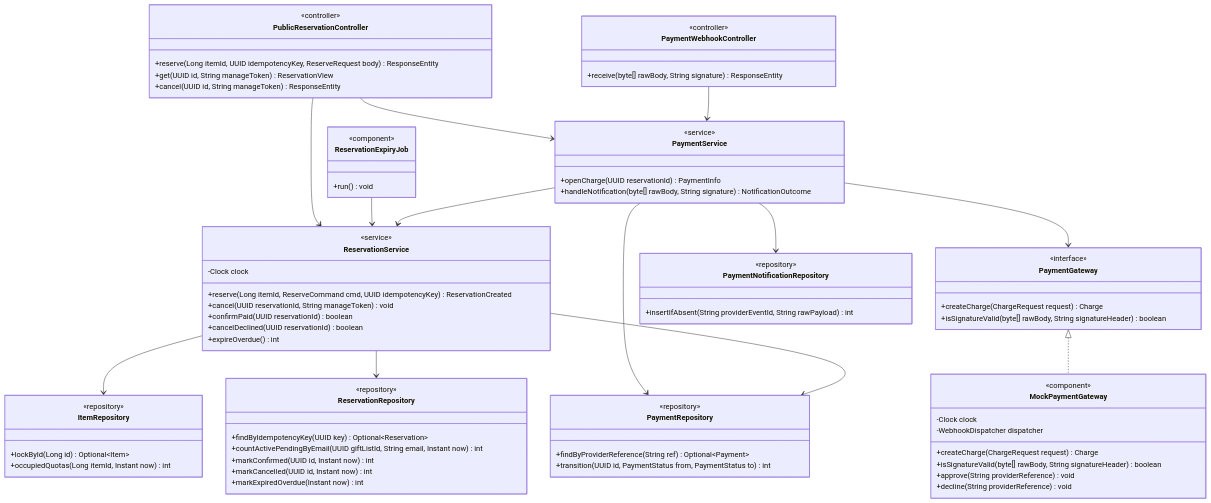
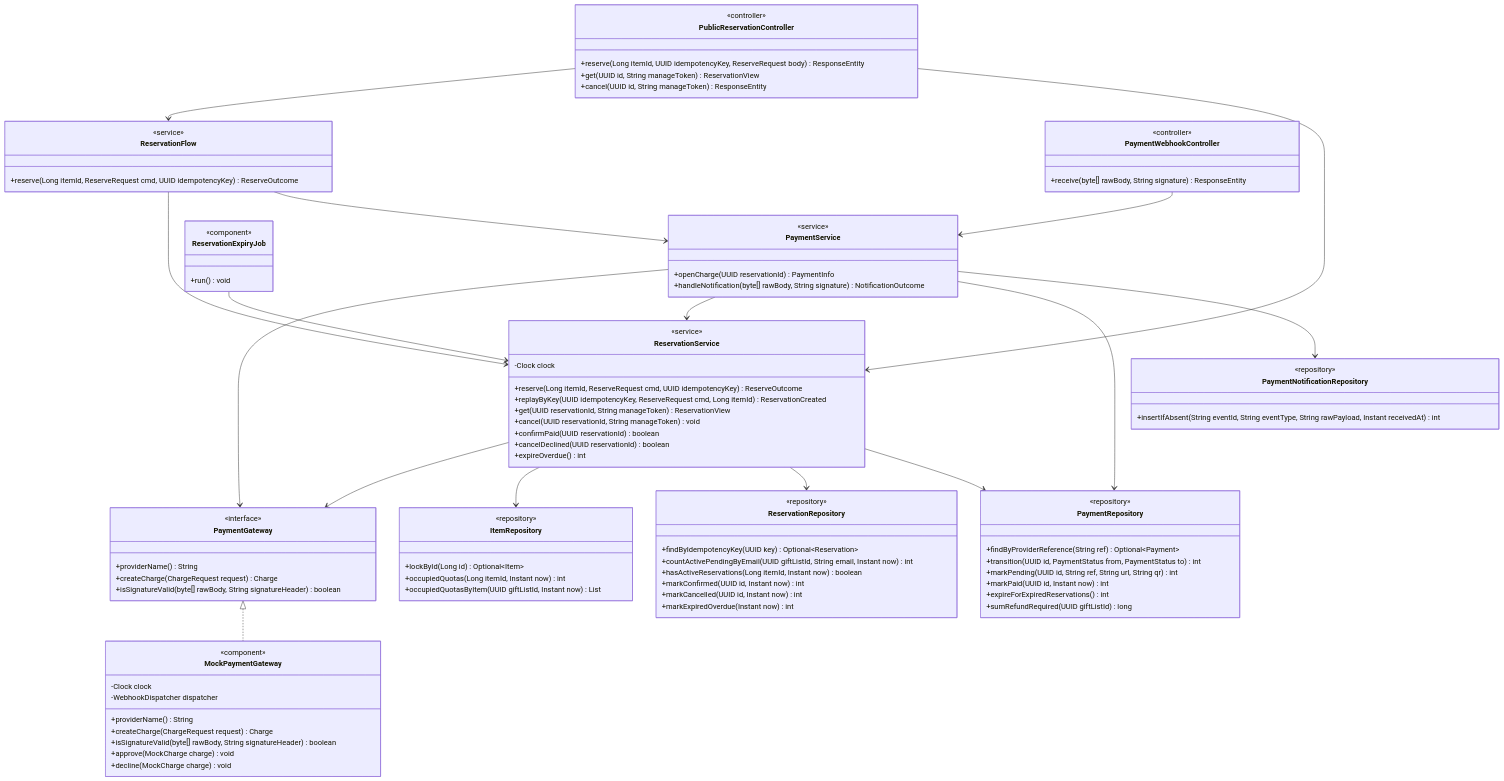
The fourth of 9 diagrams in docs/design/design-spec.md (mpdrao/cotai), drawn with Mermaid before and after one commit. The commit also changed other lines of this file and 43 other files, not shown here.

```diff
--- a/docs/design/design-spec.md
+++ b/docs/design/design-spec.md
@@ -386,6 +411,7 @@
 
   class PaymentGateway {
     <<interface>>
+    +providerName() String
     +createCharge(ChargeRequest request) Charge
     +isSignatureValid(byte[] rawBody, String signatureHeader) boolean
   }
@@ -394,16 +420,24 @@
     <<component>>
     -Clock clock
     -WebhookDispatcher dispatcher
+    +providerName() String
     +createCharge(ChargeRequest request) Charge
     +isSignatureValid(byte[] rawBody, String signatureHeader) boolean
-    +approve(String providerReference) void
-    +decline(String providerReference) void
+    +approve(MockCharge charge) void
+    +decline(MockCharge charge) void
+  }
+
+  class ReservationFlow {
+    <<service>>
+    +reserve(Long itemId, ReserveRequest cmd, UUID idempotencyKey) ReserveOutcome
   }
 
   class ReservationService {
     <<service>>
     -Clock clock
-    +reserve(Long itemId, ReserveCommand cmd, UUID idempotencyKey) ReservationCreated
+    +reserve(Long itemId, ReserveRequest cmd, UUID idempotencyKey) ReserveOutcome
+    +replayByKey(UUID idempotencyKey, ReserveRequest cmd, Long itemId) ReservationCreated
+    +get(UUID reservationId, String manageToken) ReservationView
     +cancel(UUID reservationId, String manageToken) void
     +confirmPaid(UUID reservationId) boolean
     +cancelDeclined(UUID reservationId) boolean
@@ -420,12 +454,14 @@
     <<repository>>
     +lockById(Long id) Optional~Item~
     +occupiedQuotas(Long itemId, Instant now) int
+    +occupiedQuotasByItem(UUID giftListId, Instant now) List
   }
 
   class ReservationRepository {
     <<repository>>
     +findByIdempotencyKey(UUID key) Optional~Reservation~
     +countActivePendingByEmail(UUID giftListId, String email, Instant now) int
+    +hasActiveReservations(Long itemId, Instant now) boolean
     +markConfirmed(UUID id, Instant now) int
     +markCancelled(UUID id, Instant now) int
     +markExpiredOverdue(Instant now) int
@@ -435,11 +471,15 @@
     <<repository>>
     +findByProviderReference(String ref) Optional~Payment~
     +transition(UUID id, PaymentStatus from, PaymentStatus to) int
+    +markPending(UUID id, String ref, String url, String qr) int
+    +markPaid(UUID id, Instant now) int
+    +expireForExpiredReservations() int
+    +sumRefundRequired(UUID giftListId) long
   }
 
   class PaymentNotificationRepository {
     <<repository>>
-    +insertIfAbsent(String providerEventId, String rawPayload) int
+    +insertIfAbsent(String eventId, String eventType, String rawPayload, Instant receivedAt) int
   }
 
   class PublicReservationController {
@@ -460,14 +500,17 @@
   }
 
   PaymentGateway <|.. MockPaymentGateway
+  PublicReservationController --> ReservationFlow
   PublicReservationController --> ReservationService
-  PublicReservationController --> PaymentService
+  ReservationFlow --> ReservationService
+  ReservationFlow --> PaymentService
   PaymentWebhookController --> PaymentService
   ReservationExpiryJob --> ReservationService
   PaymentService --> PaymentGateway
   PaymentService --> ReservationService
   PaymentService --> PaymentRepository
   PaymentService --> PaymentNotificationRepository
+  ReservationService --> PaymentGateway
   ReservationService --> ItemRepository
   ReservationService --> ReservationRepository
   ReservationService --> PaymentRepository
```
